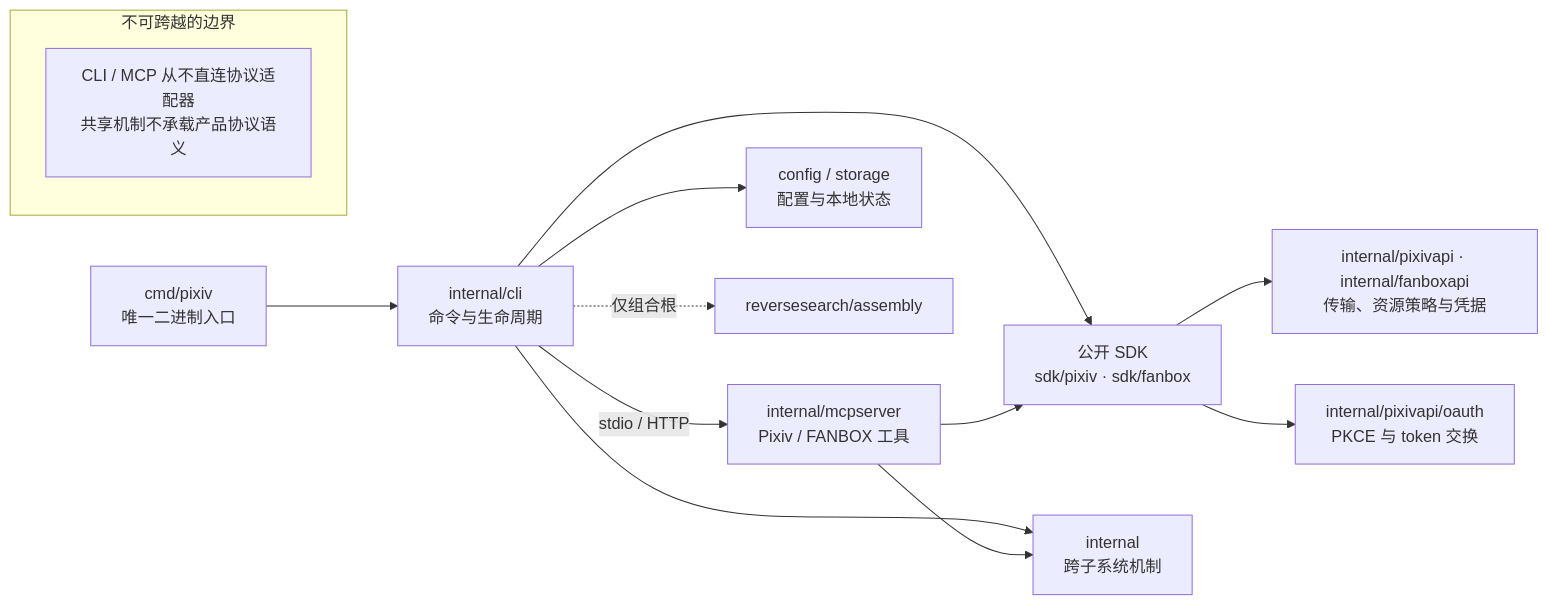
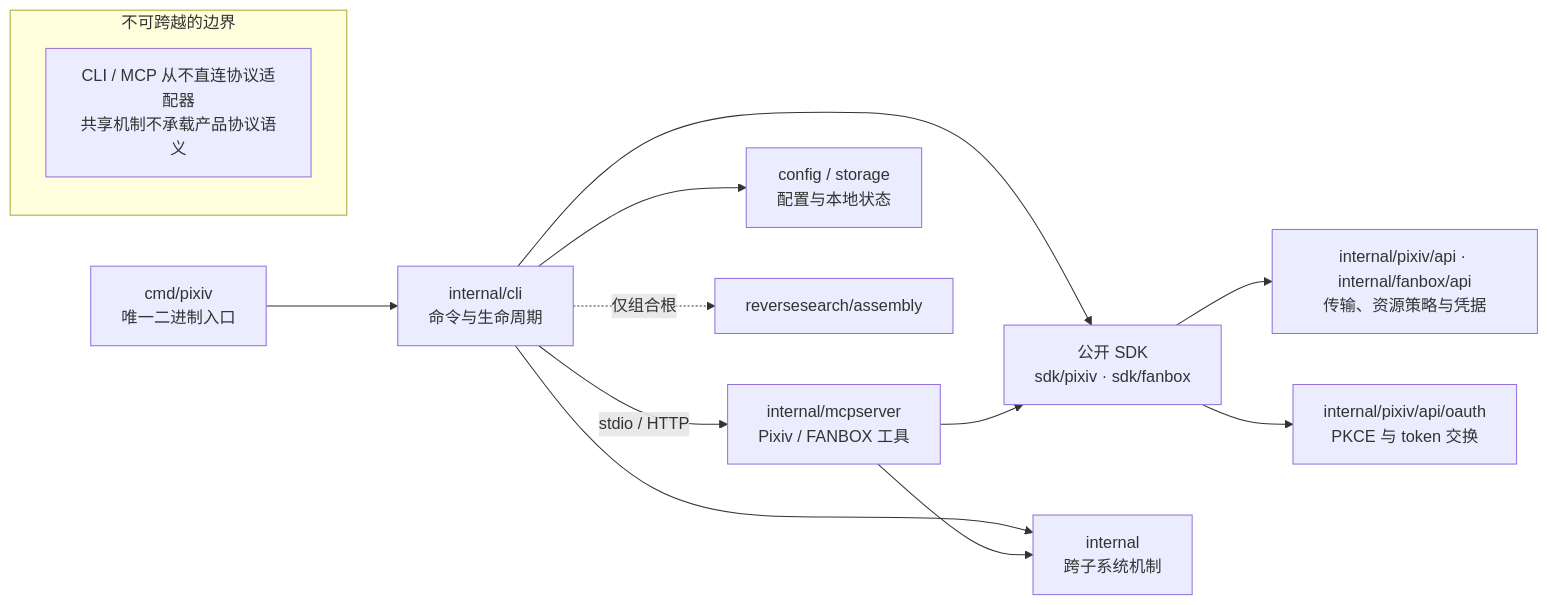
The first of 5 diagrams in docs/zh-CN/maintainers/architecture.md (FlanChanXwO/pixiv-cli), drawn with Mermaid before and after one commit. The commit also changed other lines of this file and 204 other files, not shown here.

````diff
--- a/docs/zh-CN/maintainers/architecture.md
+++ b/docs/zh-CN/maintainers/architecture.md
@@ -5,17 +5,17 @@
 ```mermaid
 flowchart LR
     ENTRY["cmd/pixiv<br/>唯一二进制入口"] --> CLI["internal/cli<br/>命令与生命周期"]
     CLI -->|"stdio / HTTP"| MCP["internal/mcpserver<br/>Pixiv / FANBOX 工具"]
     CLI --> SDK["公开 SDK<br/>sdk/pixiv · sdk/fanbox"]
     MCP --> SDK
-    SDK --> API["internal/pixivapi · internal/fanboxapi<br/>传输、资源策略与凭据"]
-    SDK --> OAUTH["internal/pixivapi/oauth<br/>PKCE 与 token 交换"]
+    SDK --> API["internal/pixiv/api · internal/fanbox/api<br/>传输、资源策略与凭据"]
+    SDK --> OAUTH["internal/pixiv/api/oauth<br/>PKCE 与 token 交换"]
     CLI --> SHARED["internal<br/>跨子系统机制"]
     MCP --> SHARED
     CLI --> STATE["config / storage<br/>配置与本地状态"]
     CLI -.->|"仅组合根"| RSA["reversesearch/assembly"]
 
     subgraph boundary["不可跨越的边界"]
         RULE["CLI / MCP 从不直连协议适配器<br/>共享机制不承载产品协议语义"]
     end
 ```
````
